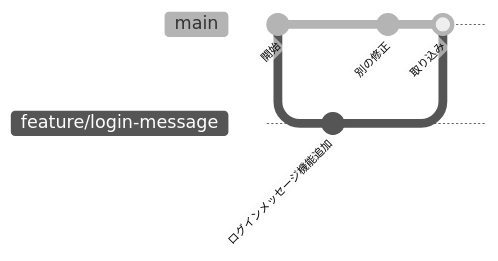
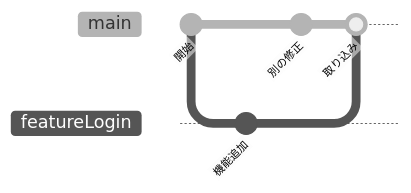
One commit to skphotograph/tech-map changed the second of 2 diagrams in docs/foundations/git/concepts.mdx. Above: the diagram before and after it, drawn with Mermaid (neutral theme). The commit also changed other lines of this file and 8 other files, not shown here.

````diff
--- a/docs/foundations/git/concepts.mdx
+++ b/docs/foundations/git/concepts.mdx
@@ -111,10 +122,10 @@
 ```mermaid
 gitGraph
   commit id: "開始"
-  branch feature/login-message
-  checkout feature/login-message
-  commit id: "ログインメッセージ機能追加"
+  branch featureLogin
+  checkout featureLogin
+  commit id: "機能追加"
   checkout main
   commit id: "別の修正"
-  merge feature/login-message id: "取り込み"
+  merge featureLogin id: "取り込み"
 ```
````
